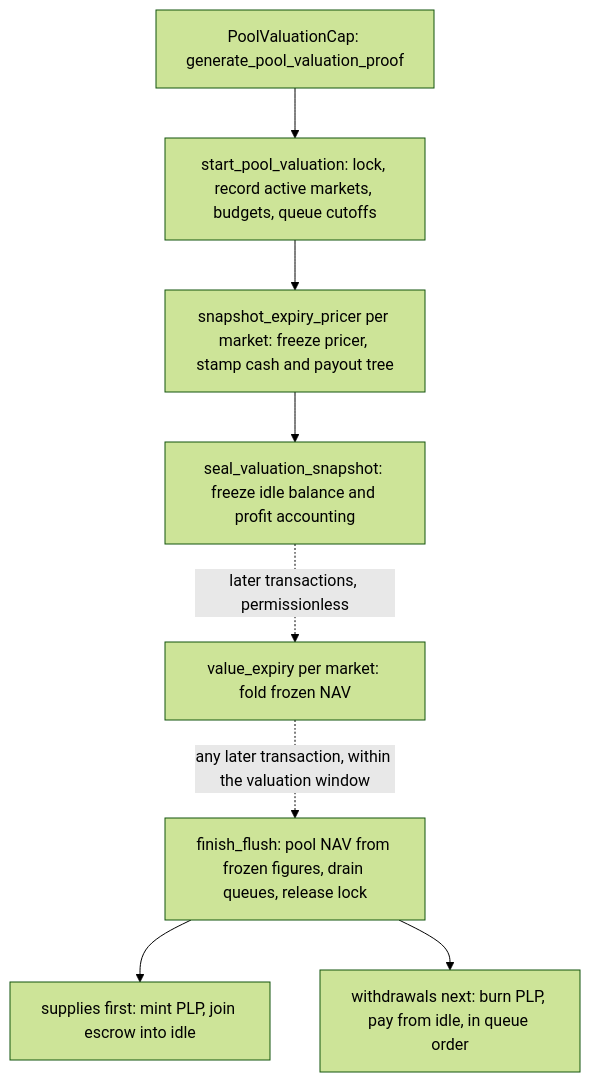
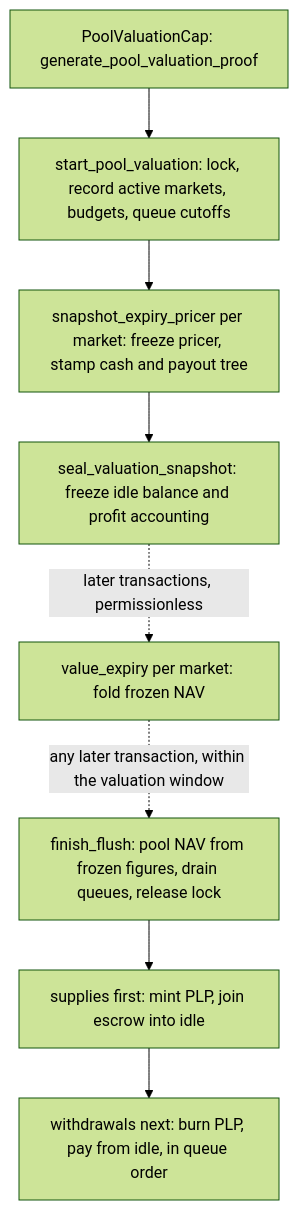
Before and after one commit to MystenLabs/sui-docs: the diagram in content/sui/onchain-finance/deepbook/deepbook-predict/design.mdx, drawn with Mermaid (forest theme). The commit also changed other lines of this file, not shown here.

````diff
--- a/content/sui/onchain-finance/deepbook/deepbook-predict/design.mdx
+++ b/content/sui/onchain-finance/deepbook/deepbook-predict/design.mdx
@@ -357,10 +372,10 @@
 ```mermaid
 flowchart TD
   CAP["PoolValuationCap: generate_pool_valuation_proof"] --> START["start_pool_valuation: lock, record active markets, budgets, queue cutoffs"]
   START --> SNAP["snapshot_expiry_pricer per market: freeze pricer, stamp cash and payout tree"]
   SNAP --> SEAL["seal_valuation_snapshot: freeze idle balance and profit accounting"]
   SEAL -. later transactions, permissionless .-> VAL["value_expiry per market: fold frozen NAV"]
   VAL -. any later transaction, within the valuation window .-> FIN["finish_flush: pool NAV from frozen figures, drain queues, release lock"]
   FIN --> SUP["supplies first: mint PLP, join escrow into idle"]
-  FIN --> WD["withdrawals next: burn PLP, pay from idle, in queue order"]
+  SUP --> WD["withdrawals next: burn PLP, pay from idle, in queue order"]
 ```
````
